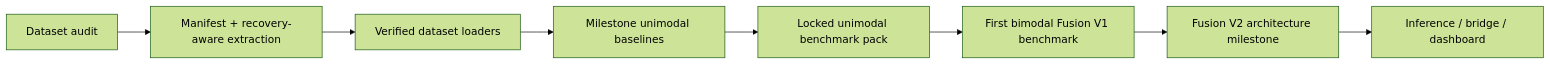
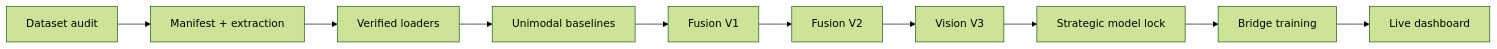
Before and after one commit to arjun7n9s/Depression-detection-DL-model: the first of 3 diagrams in README.md, drawn with Mermaid (forest theme). The commit also changed other lines of this file and 7 other files, not shown here.

Commit message:
Rewrite README and add bridge training stack

````diff
--- a/README.md
+++ b/README.md
@@ -135,10 +114,12 @@
 ```mermaid
 flowchart LR
-    A[Dataset audit] --> B[Manifest + recovery-aware extraction]
-    B --> C[Verified dataset loaders]
-    C --> D[Milestone unimodal baselines]
-    D --> E[Locked unimodal benchmark pack]
-    E --> F[First bimodal Fusion V1 benchmark]
-    F --> G[Fusion V2 architecture milestone]
-    G --> H[Inference / bridge / dashboard]
+    A[Dataset audit] --> B[Manifest + extraction]
+    B --> C[Verified loaders]
+    C --> D[Unimodal baselines]
+    D --> E[Fusion V1]
+    E --> F[Fusion V2]
+    F --> G[Vision V3]
+    G --> H[Strategic model lock]
+    H --> I[Bridge training]
+    I --> J[Live dashboard]
 ```
````
